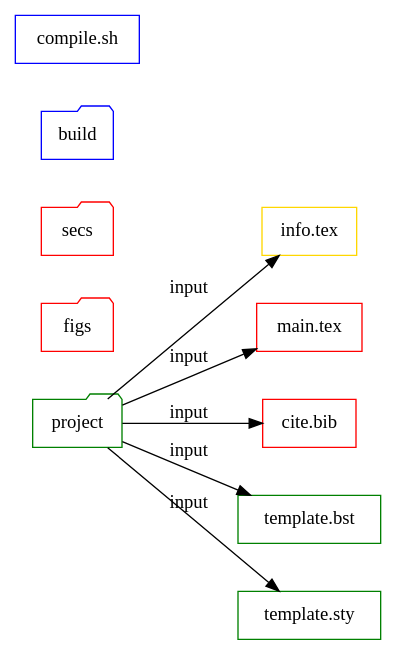
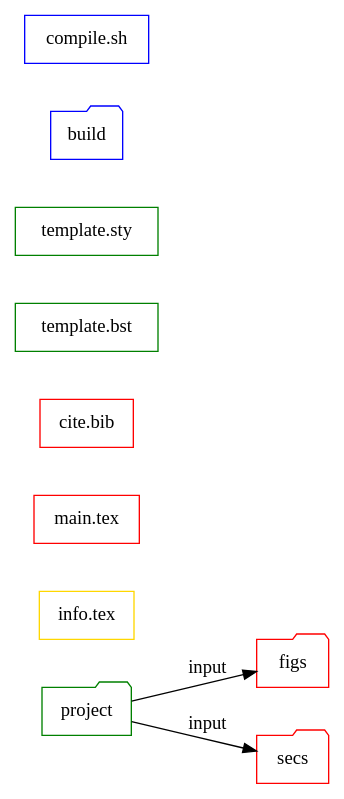
Before and after one commit to bwtian/texTemplate: the diagram in texTemplate.org, drawn with Graphviz. The commit also changed other lines of this file, not shown here.

Commit message:
/ ‘texTemplate.org’

```diff
--- a/texTemplate.org
+++ b/texTemplate.org
@@ -4,26 +4,26 @@
 #+BEGIN_SRC dot :file ./texTemplate.svg
   digraph {
   rankdir = LR
   fontname="Times";
   fontsize = 12;
   splines = false;
   ranksep = 0.5;
   nodesep = 0.5;
   node [shape = box]
   //1. set node
   proj [label = "project", color = green, shape="folder"]
   info [label = "info.tex", color = gold]
   main [label = "main.tex", color = red]
   bib [label = "cite.bib", color = red]
   bst [label = "template.bst", color = green]
   sty [label = "template.sty", color = green]
   fig [label = "figs", color=red, shape="folder"]
   sec [label = "secs", color=red, shape="folder"]
   build [label  = "build", color = blue, shape="folder"]
   gen [label = "compile.sh", color = blue]
   //2. set path
-  proj -> {info,main, bib, bst, sty} [label = input]
+  proj -> {fig, sec} [label = input]
   //3. set rank
 
   }
 #+END_SRC
```
